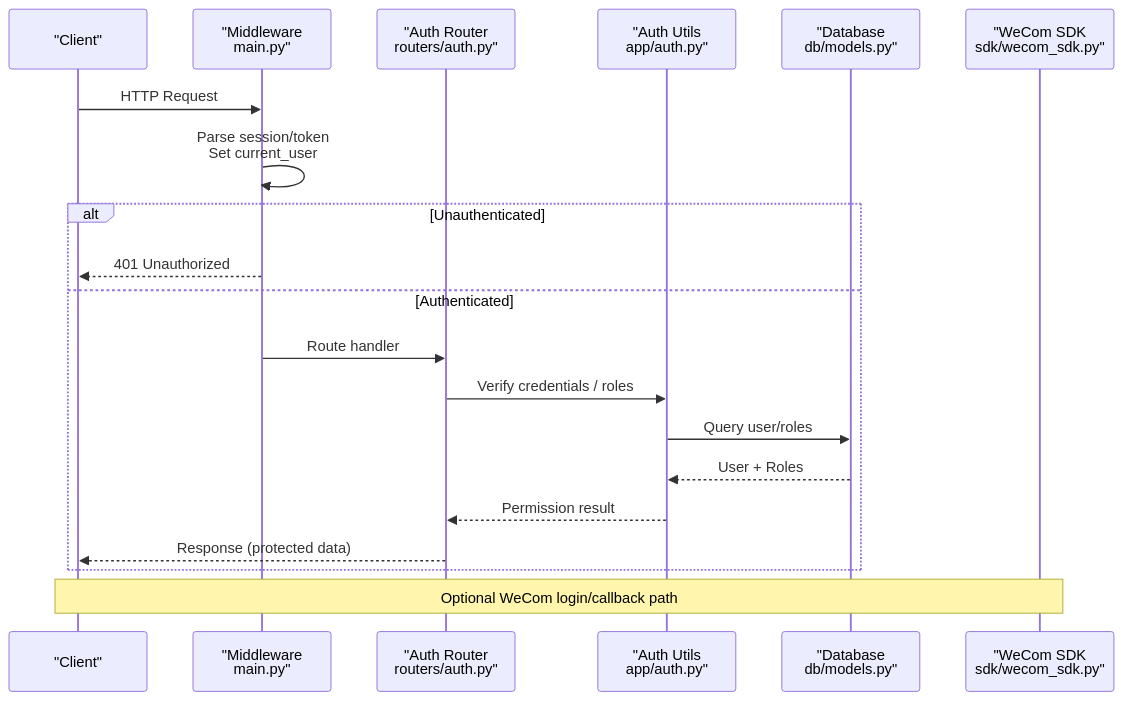
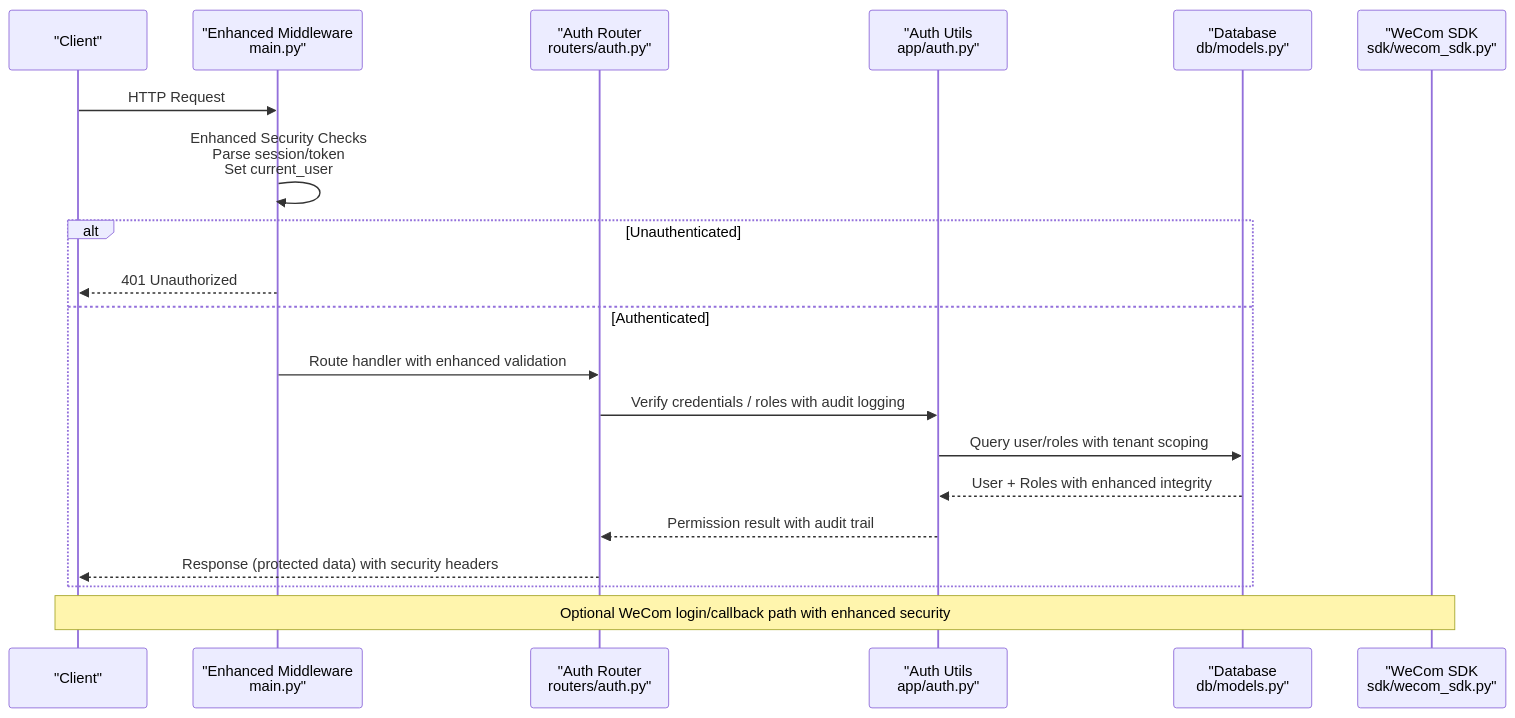
Before and after one commit to zuohaisu/wecom-archive: the second of 5 diagrams in .qoder/repowiki/en/content/Architecture/Web Application Architecture/Authentication & Authorization.md, drawn with Mermaid. The commit also changed other lines of this file and 148 other files, not shown here.

````diff
--- a/.qoder/repowiki/en/content/Architecture/Web Application Architecture/Authentication & Authorization.md
+++ b/.qoder/repowiki/en/content/Architecture/Web Application Architecture/Authentication & Authorization.md
@@ -105,22 +113,22 @@
 ```mermaid
 sequenceDiagram
 participant C as "Client"
-participant M as "Middleware<br/>main.py"
+participant M as "Enhanced Middleware<br/>main.py"
 participant R as "Auth Router<br/>routers/auth.py"
 participant U as "Auth Utils<br/>app/auth.py"
 participant DB as "Database<br/>db/models.py"
 participant WC as "WeCom SDK<br/>sdk/wecom_sdk.py"
 C->>M : HTTP Request
-M->>M : Parse session/token<br/>Set current_user
+M->>M : Enhanced Security Checks<br/>Parse session/token<br/>Set current_user
 alt Unauthenticated
 M-->>C : 401 Unauthorized
 else Authenticated
-M->>R : Route handler
-R->>U : Verify credentials / roles
-U->>DB : Query user/roles
-DB-->>U : User + Roles
-U-->>R : Permission result
-R-->>C : Response (protected data)
+M->>R : Route handler with enhanced validation
+R->>U : Verify credentials / roles with audit logging
+U->>DB : Query user/roles with tenant scoping
+DB-->>U : User + Roles with enhanced integrity
+U-->>R : Permission result with audit trail
+R-->>C : Response (protected data) with security headers
 end
-Note over WC,C : Optional WeCom login/callback path
+Note over WC,C : Optional WeCom login/callback path with enhanced security
 ```
````
